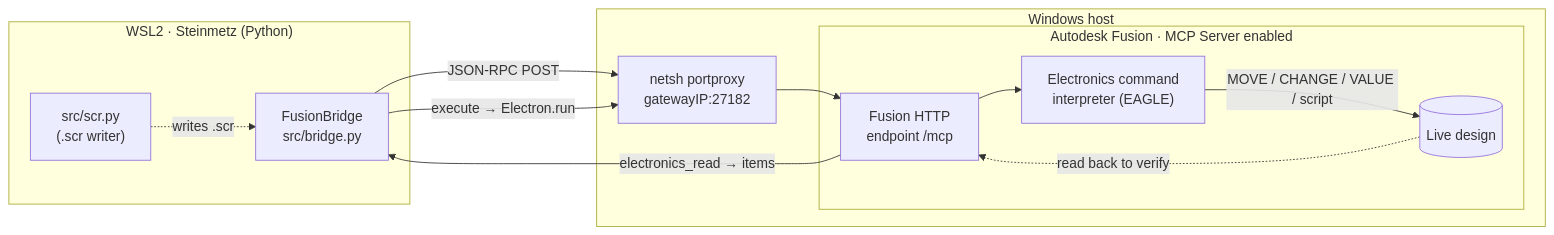
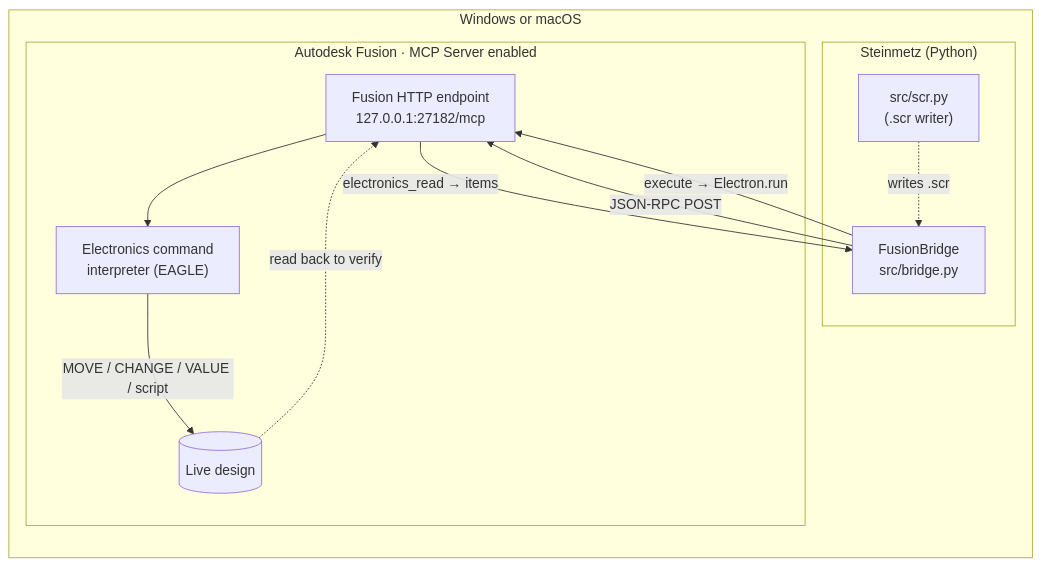
Before and after one commit to holla2040/steinmetz: the first of 2 diagrams in README.md, drawn with Mermaid. The commit also changed other lines of this file and 2 other files, not shown here.

First line of the commit message:
Document native Windows/macOS as the primary path; move WSL setup under a legacy heading

````diff
--- a/README.md
+++ b/README.md
@@ -77,24 +77,22 @@
 ```mermaid
 flowchart LR
-    subgraph wsl["WSL2 · Steinmetz (Python)"]
-        bridge["FusionBridge<br/>src/bridge.py"]
-        scr["src/scr.py<br/>(.scr writer)"]
-    end
-    subgraph win["Windows host"]
-        proxy["netsh portproxy<br/>gatewayIP:27182"]
+    subgraph host["Windows or macOS"]
+        subgraph py["Steinmetz (Python)"]
+            bridge["FusionBridge<br/>src/bridge.py"]
+            scr["src/scr.py<br/>(.scr writer)"]
+        end
         subgraph fusion["Autodesk Fusion · MCP Server enabled"]
-            mcp["Fusion HTTP<br/>endpoint /mcp"]
+            mcp["Fusion HTTP endpoint<br/>127.0.0.1:27182/mcp"]
             eagle["Electronics command<br/>interpreter (EAGLE)"]
             design[("Live design")]
         end
     end
 
-    bridge -- "JSON-RPC POST" --> proxy
-    proxy --> mcp
+    bridge -- "JSON-RPC POST" --> mcp
     mcp -- "electronics_read → items" --> bridge
     scr -. "writes .scr" .-> bridge
-    bridge -- "execute → Electron.run" --> proxy
+    bridge -- "execute → Electron.run" --> mcp
     mcp --> eagle
     eagle -- "MOVE / CHANGE / VALUE / script" --> design
     design -. "read back to verify" .-> mcp
 ```
````
